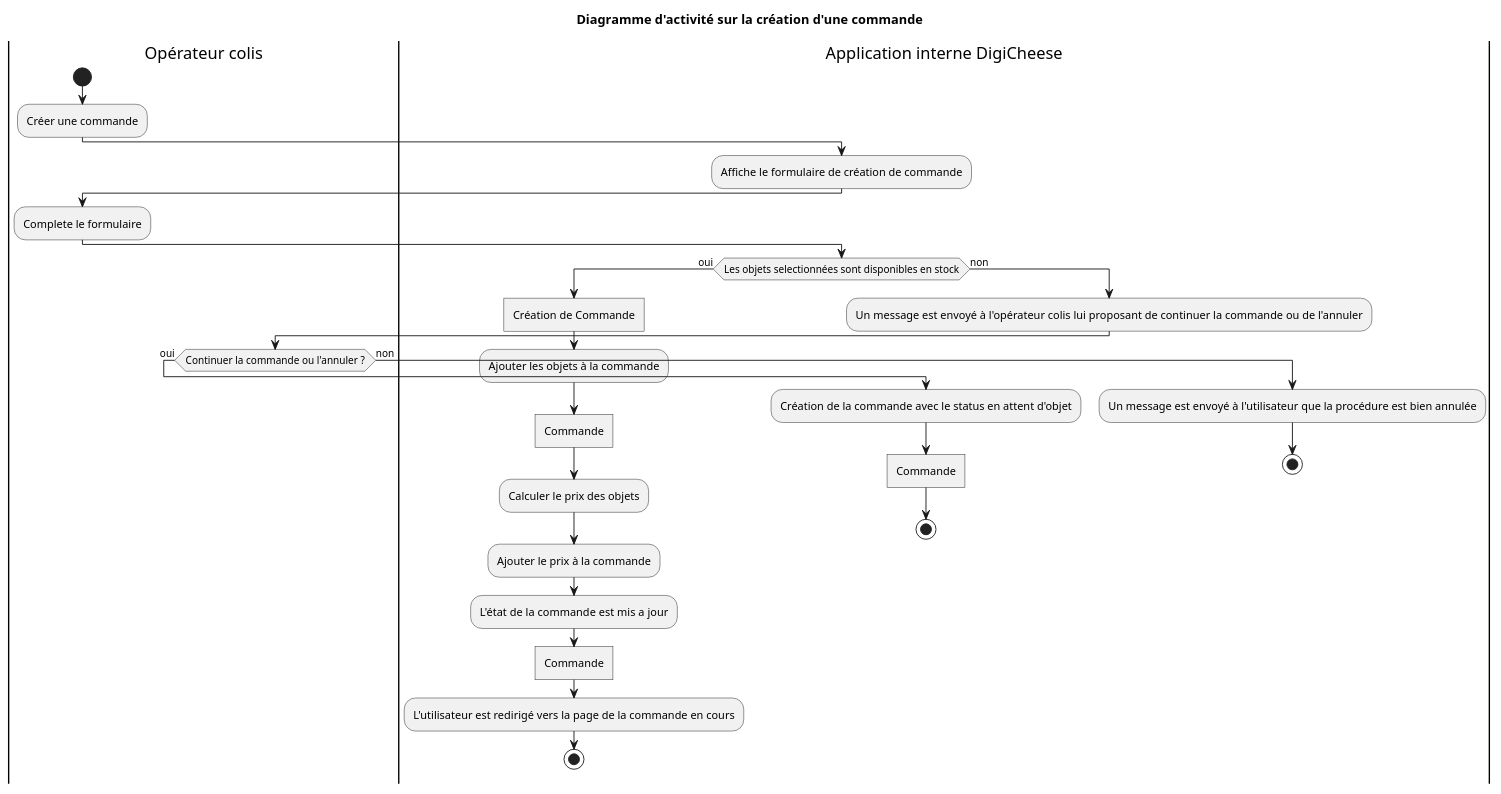
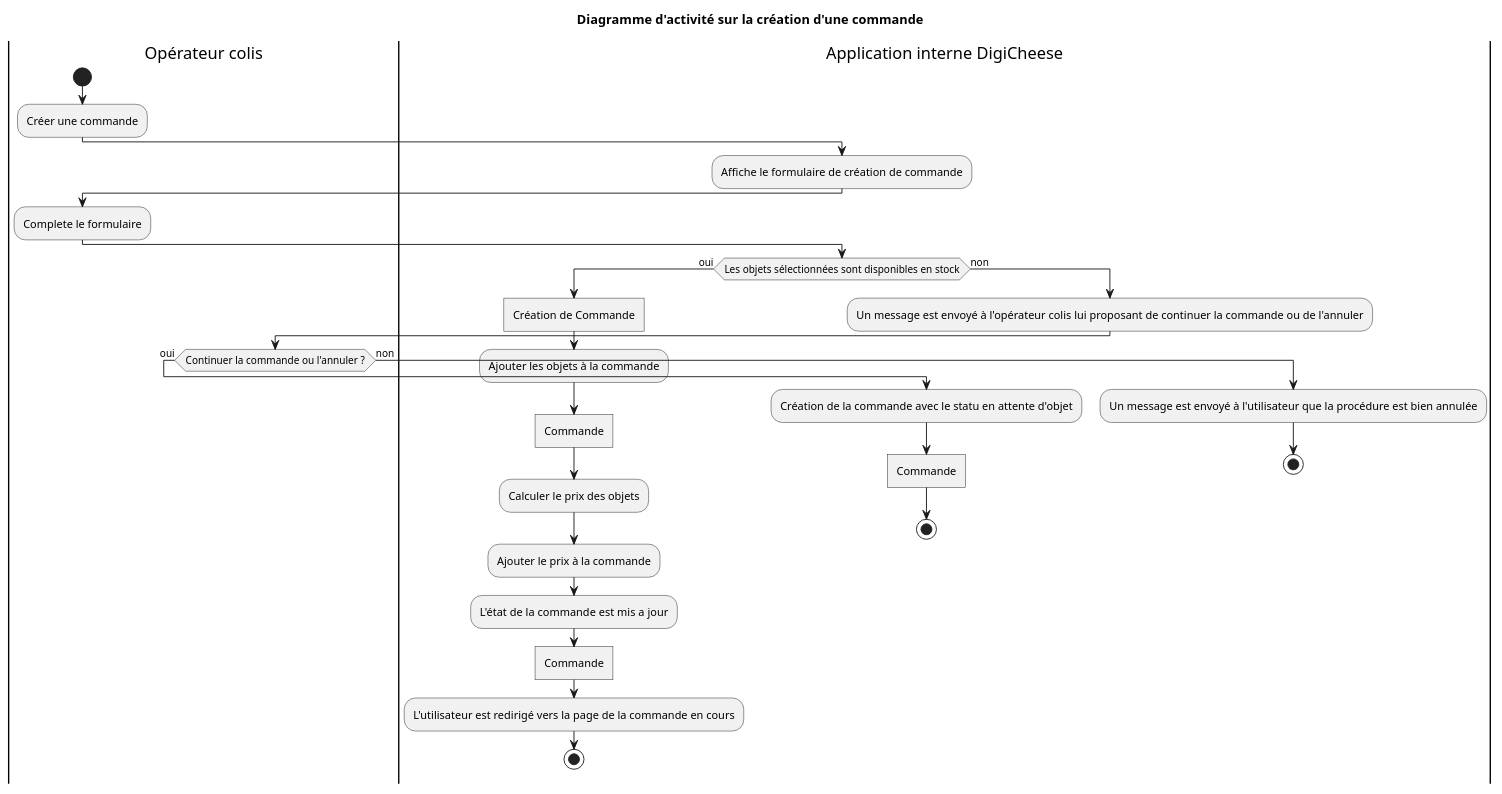
The diagram in Cas_activite/DA_Creation_Commande.puml (Bluwen/Conception_d_une_application_informatique), drawn with PlantUML before and after one commit. The commit also changed 3 other files, not shown here.

```diff
--- a/Cas_activite/DA_Creation_Commande.puml
+++ b/Cas_activite/DA_Creation_Commande.puml
@@ -1,38 +1,38 @@
 @startuml création compte client da
 |Opérateur colis|
 start
 
 
 :Créer une commande;
 |Application interne DigiCheese|
 :Affiche le formulaire de création de commande;
 
 |Opérateur colis|
 :Complete le formulaire;
 
 |Application interne DigiCheese|
-if (Les objets selectionnées sont disponibles en stock) then (oui)
+if (Les objets sélectionnées sont disponibles en stock) then (oui)
     :Création de Commande]
     :Ajouter les objets à la commande;
     :Commande]
     :Calculer le prix des objets;
     :Ajouter le prix à la commande;
     :L'état de la commande est mis a jour;
     :Commande]
     :L'utilisateur est redirigé vers la page de la commande en cours;
     stop
 else (non)
     :Un message est envoyé à l'opérateur colis lui proposant de continuer la commande ou de l'annuler;
     |Opérateur colis|
     if (Continuer la commande ou l'annuler ?) then (oui)
     |Application interne DigiCheese|
-        :Création de la commande avec le status en attent d'objet;
+        :Création de la commande avec le statu en attente d'objet;
         :Commande]
         stop
     else (non)
     |Application interne DigiCheese|
         :Un message est envoyé à l'utilisateur que la procédure est bien annulée;
         stop
 
 title Diagramme d'activité sur la création d'une commande
 @enduml
```
